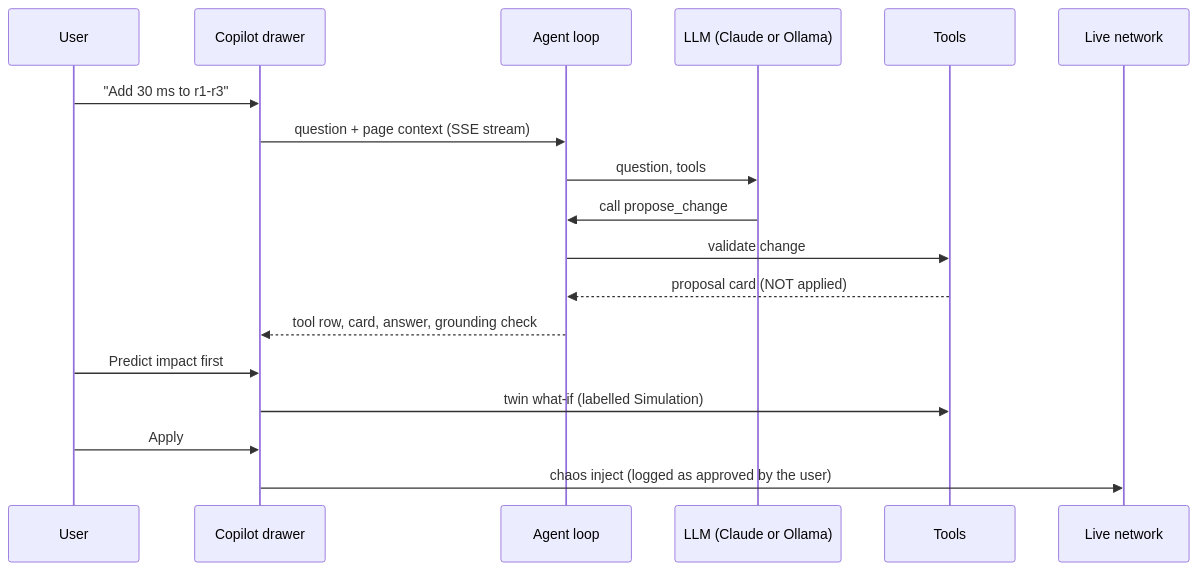
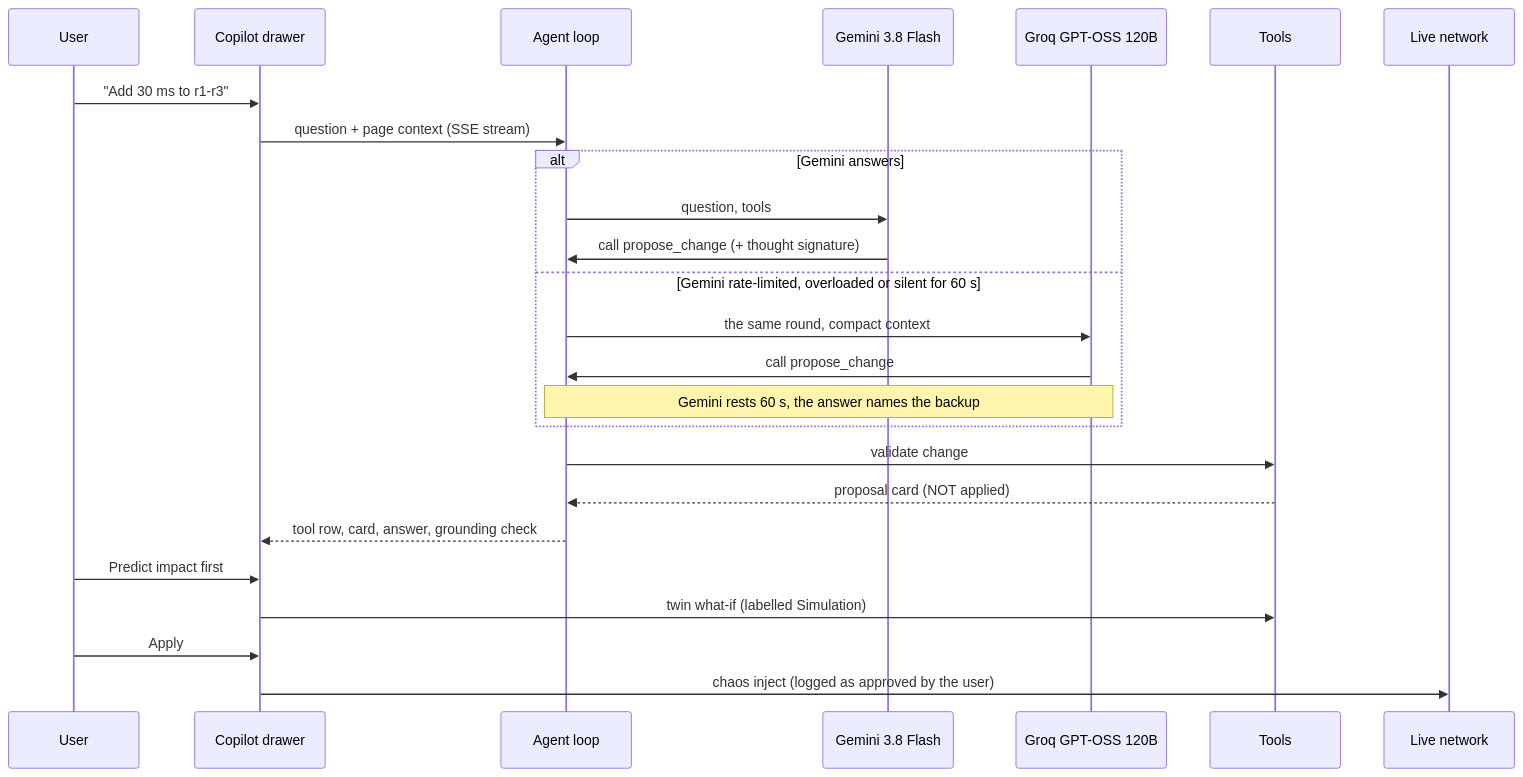
One commit to hrdk6/NETVISTA changed the seventh of 10 diagrams in README.md. Above: the diagram before and after it, drawn with Mermaid. The commit also changed other lines of this file, not shown here.

First line of the commit message:
README: fix clipped Mermaid diagrams on GitHub, redraw the architecture, add two diagrams

````diff
--- a/README.md
+++ b/README.md
@@ -173,20 +207,27 @@
 ```mermaid
 sequenceDiagram
     participant U as User
     participant UI as Copilot drawer
     participant AG as Agent loop
-    participant M as LLM (Claude or Ollama)
+    participant G as Gemini 3.8 Flash
+    participant Q as Groq GPT-OSS 120B
     participant T as Tools
     participant N as Live network
     U->>UI: "Add 30 ms to r1-r3"
     UI->>AG: question + page context (SSE stream)
-    AG->>M: question, tools
-    M->>AG: call propose_change
+    alt Gemini answers
+        AG->>G: question, tools
+        G->>AG: call propose_change (+ thought signature)
+    else Gemini rate-limited, overloaded or silent for 60 s
+        AG->>Q: the same round, compact context
+        Q->>AG: call propose_change
+        Note over AG,Q: Gemini rests 60 s, the answer names the backup
+    end
     AG->>T: validate change
     T-->>AG: proposal card (NOT applied)
     AG-->>UI: tool row, card, answer, grounding check
     U->>UI: Predict impact first
     UI->>T: twin what-if (labelled Simulation)
     U->>UI: Apply
     UI->>N: chaos inject (logged as approved by the user)
 ```
````
